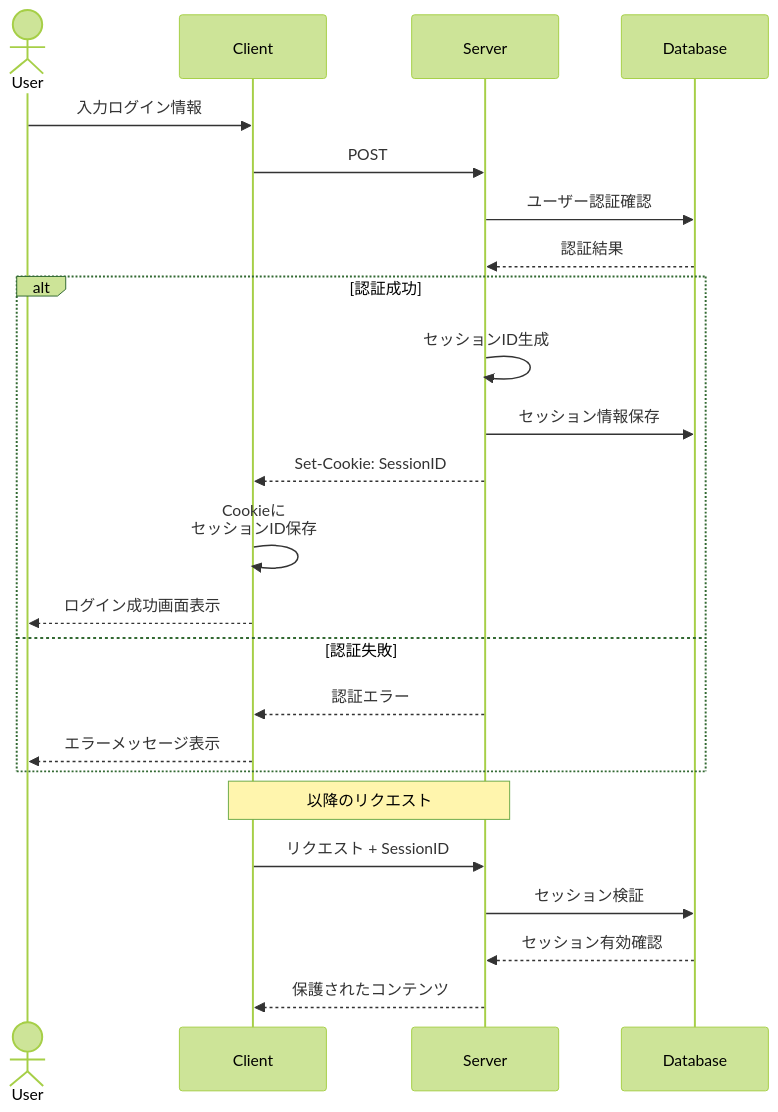
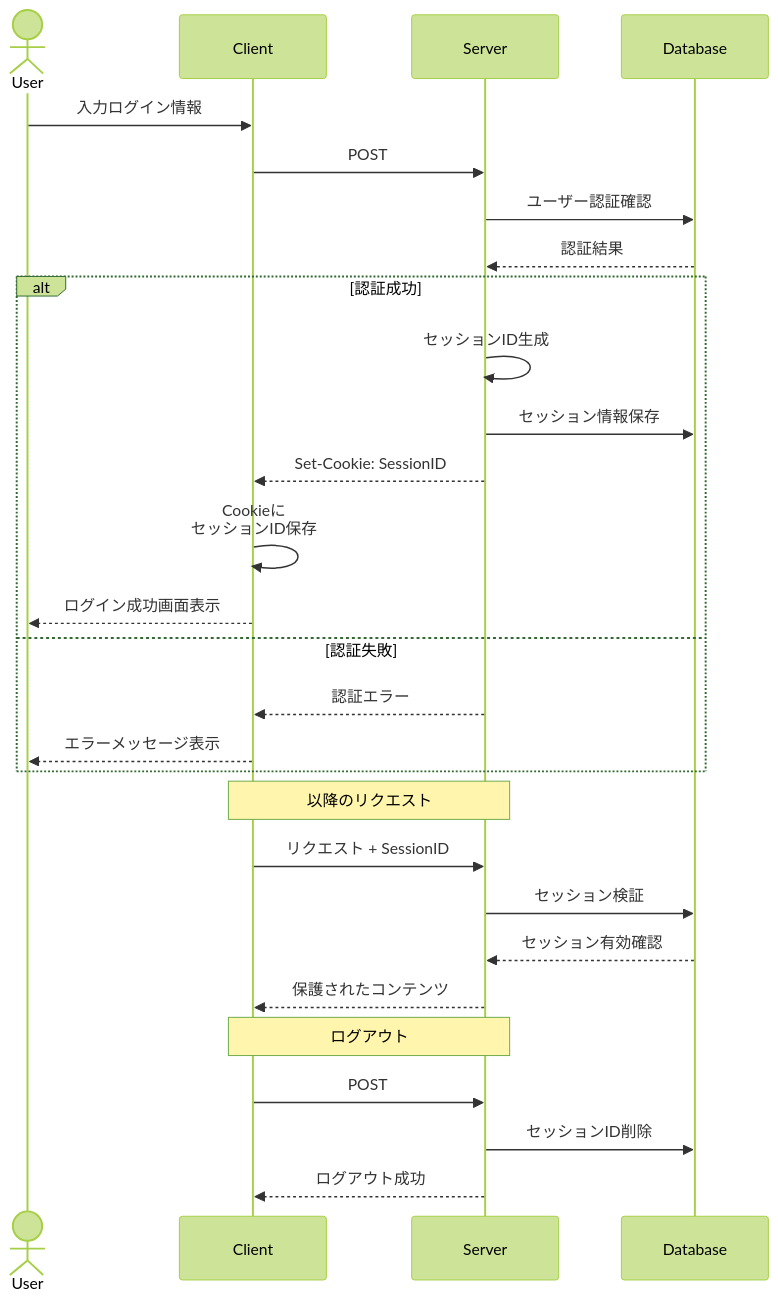
Before and after one commit to umanari145/uml: the diagram in mermaid/session_cookie.md, drawn with Mermaid (forest theme). The commit also changed other lines of this file and 1 other file, not shown here.

````diff
--- a/mermaid/session_cookie.md
+++ b/mermaid/session_cookie.md
@@ -1,29 +1,36 @@
 ```mermaid
 sequenceDiagram
     actor User
     participant Client
     participant Server
     participant Database
     
     User->>Client: 入力ログイン情報
     Client->>Server: POST
     Server->>Database: ユーザー認証確認
     Database-->>Server: 認証結果
     
     alt 認証成功
         Server->>Server: セッションID生成
         Server->>Database: セッション情報保存
         Server-->>Client: Set-Cookie: SessionID
         Client->>Client: Cookieに<br/>セッションID保存
         Client-->>User: ログイン成功画面表示
     else 認証失敗
         Server-->>Client: 認証エラー
         Client-->>User: エラーメッセージ表示
     end
     
     Note over Client,Server: 以降のリクエスト
     Client->>Server: リクエスト + SessionID
     Server->>Database: セッション検証
     Database-->>Server: セッション有効確認
     Server-->>Client: 保護されたコンテンツ
+
+    Note over Client,Server: ログアウト
+    Client->>Server: POST
+    Server->>Database: セッションID削除
+    Server-->>Client: ログアウト成功
+
+
 ```
````
